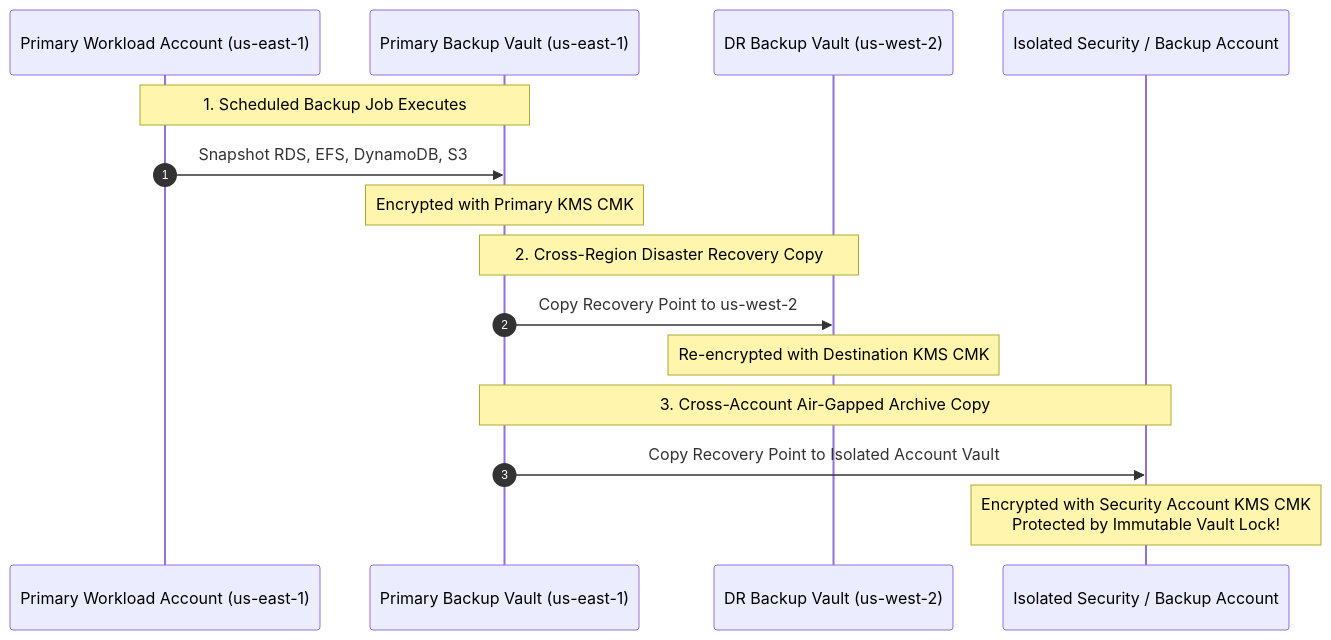
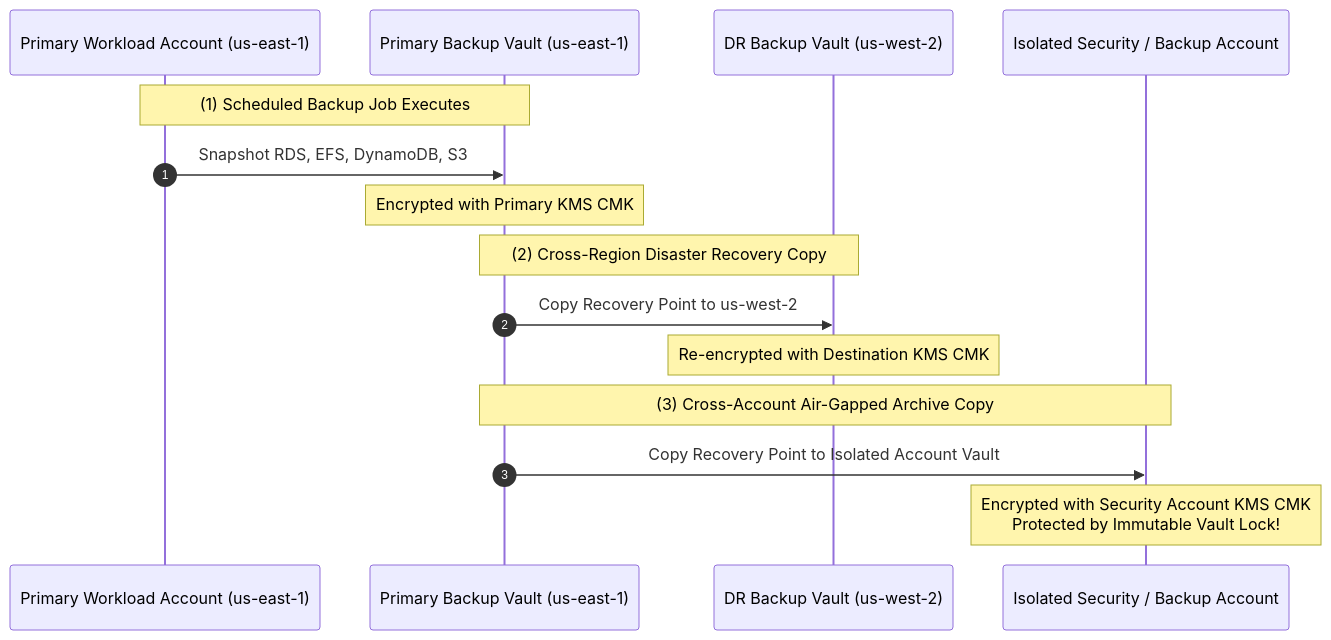
Before and after one commit to Wathon/aws-dea-c01-note: the fourth of 6 diagrams in content/02-services/security-governance/aws-backup.md, drawn with Mermaid. The commit also changed other lines of this file and 19 other files, not shown here.

Commit message:
fix(mermaid): resolve 'Unsupported markdown: list' rendering issues across all diagram node and edge labels

````diff
--- a/content/02-services/security-governance/aws-backup.md
+++ b/content/02-services/security-governance/aws-backup.md
@@ -161,20 +161,20 @@
 ```mermaid
 sequenceDiagram
     autonumber
     participant WorkloadAcct as Primary Workload Account (us-east-1)
     participant PrimaryVault as Primary Backup Vault (us-east-1)
     participant DRVault as DR Backup Vault (us-west-2)
     participant SecAcct as Isolated Security / Backup Account
 
-    Note over WorkloadAcct,PrimaryVault: 1. Scheduled Backup Job Executes
+    Note over WorkloadAcct,PrimaryVault: (1) Scheduled Backup Job Executes
     WorkloadAcct->>PrimaryVault: Snapshot RDS, EFS, DynamoDB, S3
     Note over PrimaryVault: Encrypted with Primary KMS CMK
 
-    Note over PrimaryVault,DRVault: 2. Cross-Region Disaster Recovery Copy
+    Note over PrimaryVault,DRVault: (2) Cross-Region Disaster Recovery Copy
     PrimaryVault->>DRVault: Copy Recovery Point to us-west-2
     Note over DRVault: Re-encrypted with Destination KMS CMK
 
-    Note over PrimaryVault,SecAcct: 3. Cross-Account Air-Gapped Archive Copy
+    Note over PrimaryVault,SecAcct: (3) Cross-Account Air-Gapped Archive Copy
     PrimaryVault->>SecAcct: Copy Recovery Point to Isolated Account Vault
     Note over SecAcct: Encrypted with Security Account KMS CMK<br/>Protected by Immutable Vault Lock!
 ```
````
